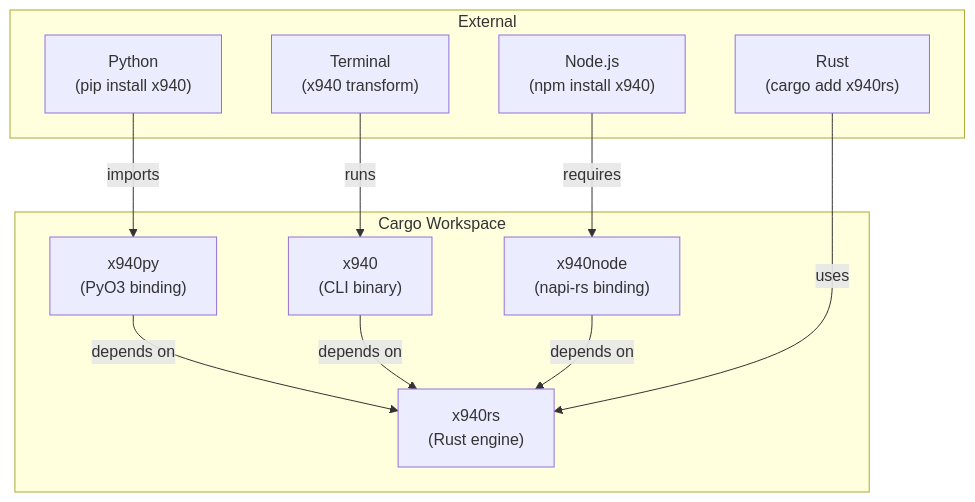
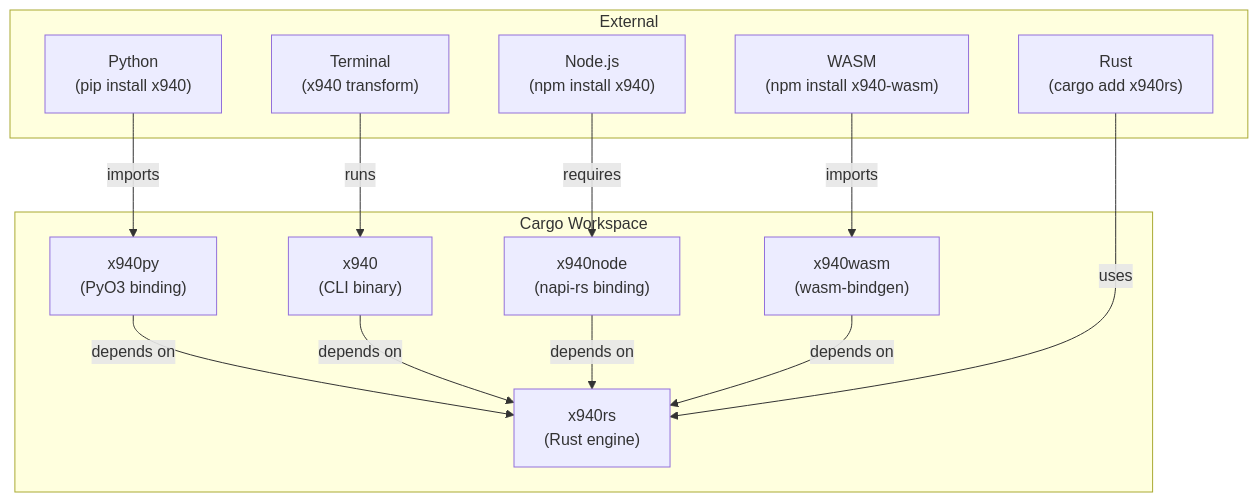
The first of 13 diagrams in TECHNICAL.md (tahzeer/x940), drawn with Mermaid before and after one commit. The commit also changed other lines of this file and 4 other files, not shown here.

````diff
--- a/TECHNICAL.md
+++ b/TECHNICAL.md
@@ -7,25 +7,29 @@
 ```mermaid
 graph TD
     subgraph "Cargo Workspace"
         core["x940rs<br/>(Rust engine)"]
         py["x940py<br/>(PyO3 binding)"]
         cli["x940<br/>(CLI binary)"]
         node["x940node<br/>(napi-rs binding)"]
+        wasm["x940wasm<br/>(wasm-bindgen)"]
     end
 
     py -->|"depends on"| core
     cli -->|"depends on"| core
     node -->|"depends on"| core
+    wasm -->|"depends on"| core
 
     subgraph "External"
         python["Python<br/>(pip install x940)"]
         terminal["Terminal<br/>(x940 transform)"]
         npm["Node.js<br/>(npm install x940)"]
+        npm_wasm["WASM<br/>(npm install x940-wasm)"]
         rustlib["Rust<br/>(cargo add x940rs)"]
     end
 
     python -->|"imports"| py
     terminal -->|"runs"| cli
     npm -->|"requires"| node
+    npm_wasm -->|"imports"| wasm
     rustlib -->|"uses"| core
 ```
````
